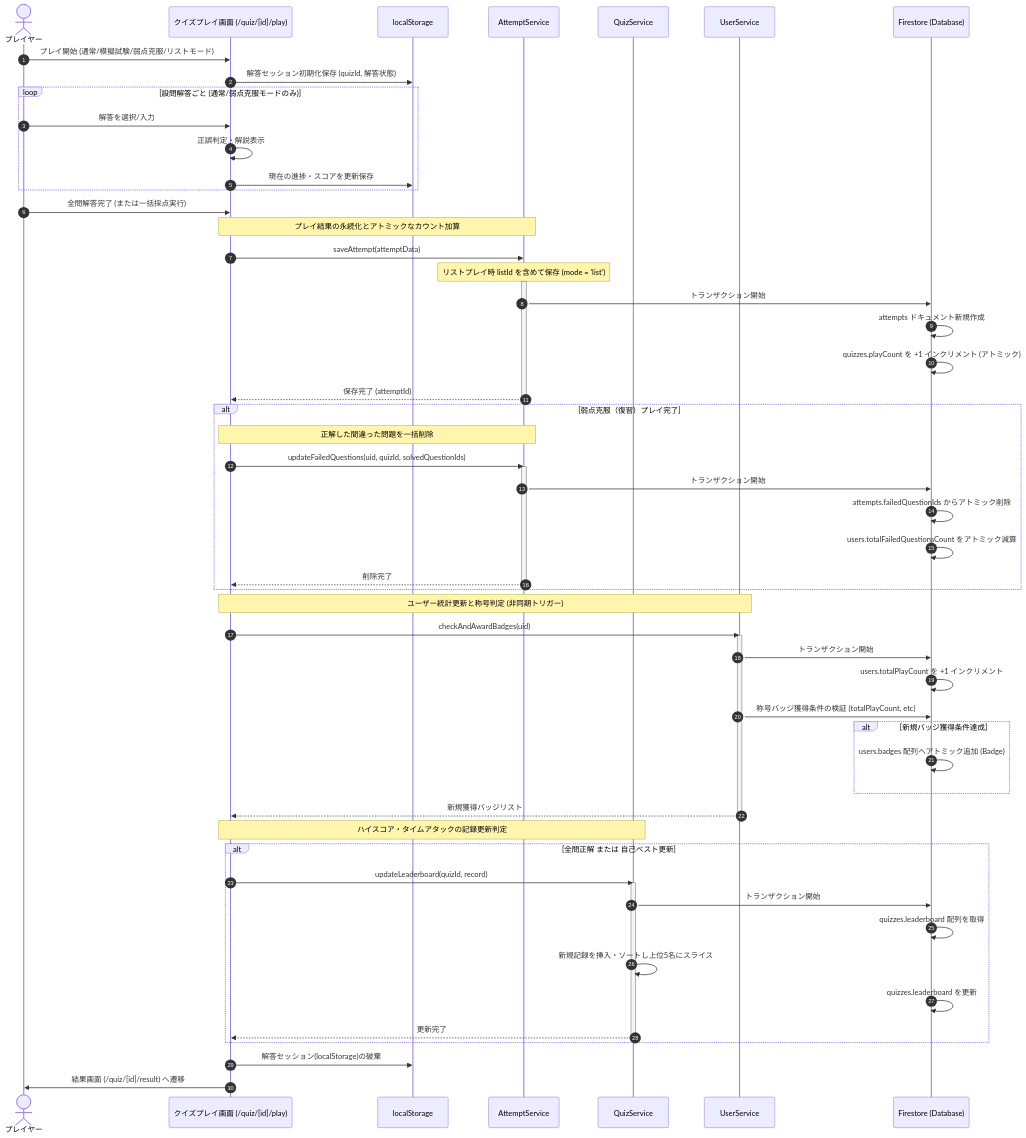
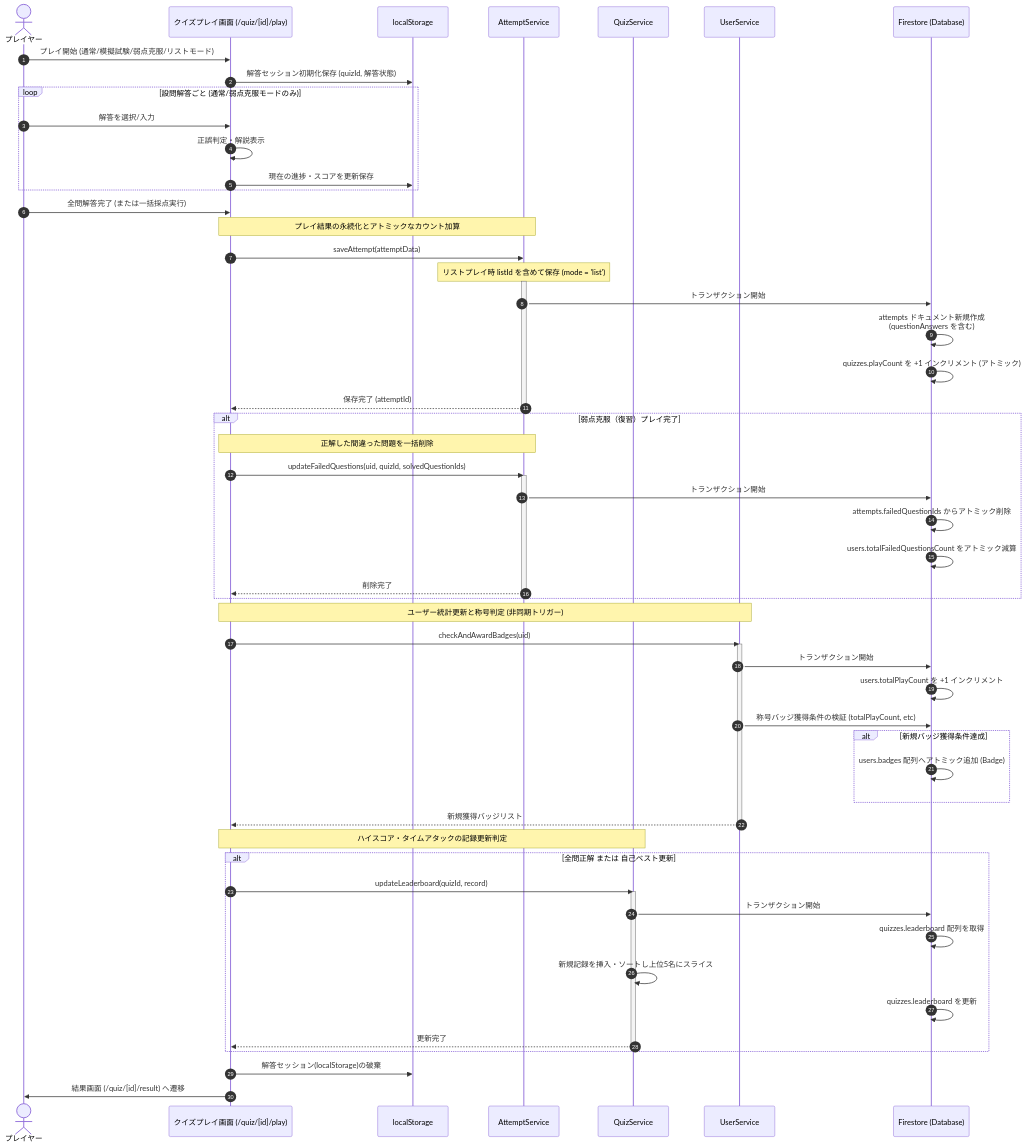
Before and after one commit to npressoworks/quizetika: the first of 8 diagrams in docs/detailed_design.md, drawn with Mermaid. The commit also changed other lines of this file and 27 other files, not shown here.

````diff
--- a/docs/detailed_design.md
+++ b/docs/detailed_design.md
@@ -14,69 +14,69 @@
 ```mermaid
 sequenceDiagram
     autonumber
     actor Player as プレイヤー
     participant QP as クイズプレイ画面 (/quiz/[id]/play)
     participant LS as localStorage
     participant AS as AttemptService
     participant QS as QuizService
     participant US as UserService
     participant DB as Firestore (Database)
 
     Player->>QP: プレイ開始 (通常/模擬試験/弱点克服/リストモード)
     QP->>LS: 解答セッション初期化保存 (quizId, 解答状態)
     
     loop 設問解答ごと (通常/弱点克服モードのみ)
         Player->>QP: 解答を選択/入力
         QP->>QP: 正誤判定・解説表示
         QP->>LS: 現在の進捗・スコアを更新保存
     end
 
     Player->>QP: 全問解答完了 (または一括採点実行)
     Note over QP, AS: プレイ結果の永続化とアトミックなカウント加算
     QP->>AS: saveAttempt(attemptData)
     Note over AS: リストプレイ時 listId を含めて保存 (mode = 'list')
     activate AS
     AS->>DB: トランザクション開始
-    DB->>DB: attempts ドキュメント新規作成
+    DB->>DB: attempts ドキュメント新規作成<br>(questionAnswers を含む)
     DB->>DB: quizzes.playCount を +1 インクリメント (アトミック)
     AS-->>QP: 保存完了 (attemptId)
     deactivate AS
 
     alt 弱点克服（復習）プレイ完了
         Note over QP, AS: 正解した間違った問題を一括削除
         QP->>AS: updateFailedQuestions(uid, quizId, solvedQuestionIds)
         activate AS
         AS->>DB: トランザクション開始
         DB->>DB: attempts.failedQuestionIds からアトミック削除
         DB->>DB: users.totalFailedQuestionsCount をアトミック減算
         AS-->>QP: 削除完了
         deactivate AS
     end
 
     Note over QP, US: ユーザー統計更新と称号判定 (非同期トリガー)
     QP->>US: checkAndAwardBadges(uid)
     activate US
     US->>DB: トランザクション開始
     DB->>DB: users.totalPlayCount を +1 インクリメント
     US->>DB: 称号バッジ獲得条件の検証 (totalPlayCount, etc)
     alt 新規バッジ獲得条件達成
         DB->>DB: users.badges 配列へアトミック追加 (Badge)
     end
     US-->>QP: 新規獲得バッジリスト
     deactivate US
 
     Note over QP, QS: ハイスコア・タイムアタックの記録更新判定
     alt 全問正解 または 自己ベスト更新
         QP->>QS: updateLeaderboard(quizId, record)
         activate QS
         QS->>DB: トランザクション開始
         DB->>DB: quizzes.leaderboard 配列を取得
         QS->>QS: 新規記録を挿入・ソートし上位5名にスライス
         DB->>DB: quizzes.leaderboard を更新
         QS-->>QP: 更新完了
         deactivate QS
     end
 
     QP->>LS: 解答セッション(localStorage)の破棄
     QP->>Player: 結果画面 (/quiz/[id]/result) へ遷移
 ```
````
